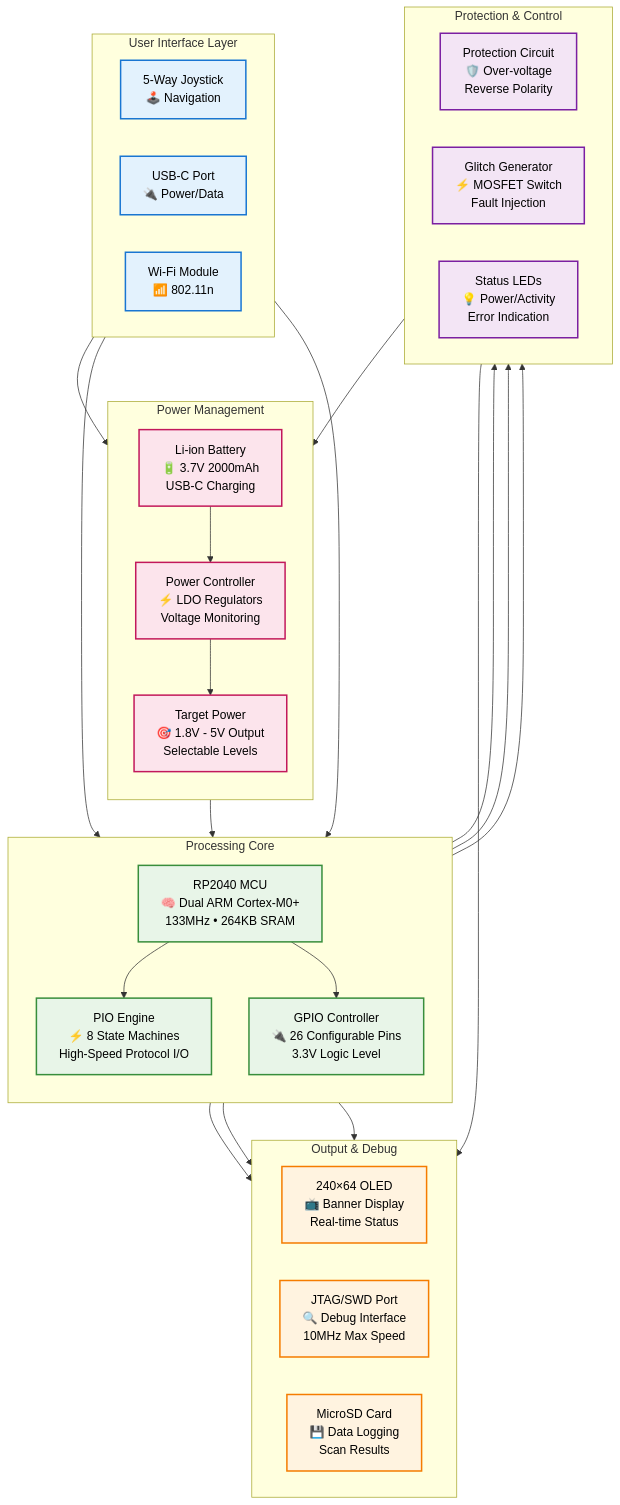
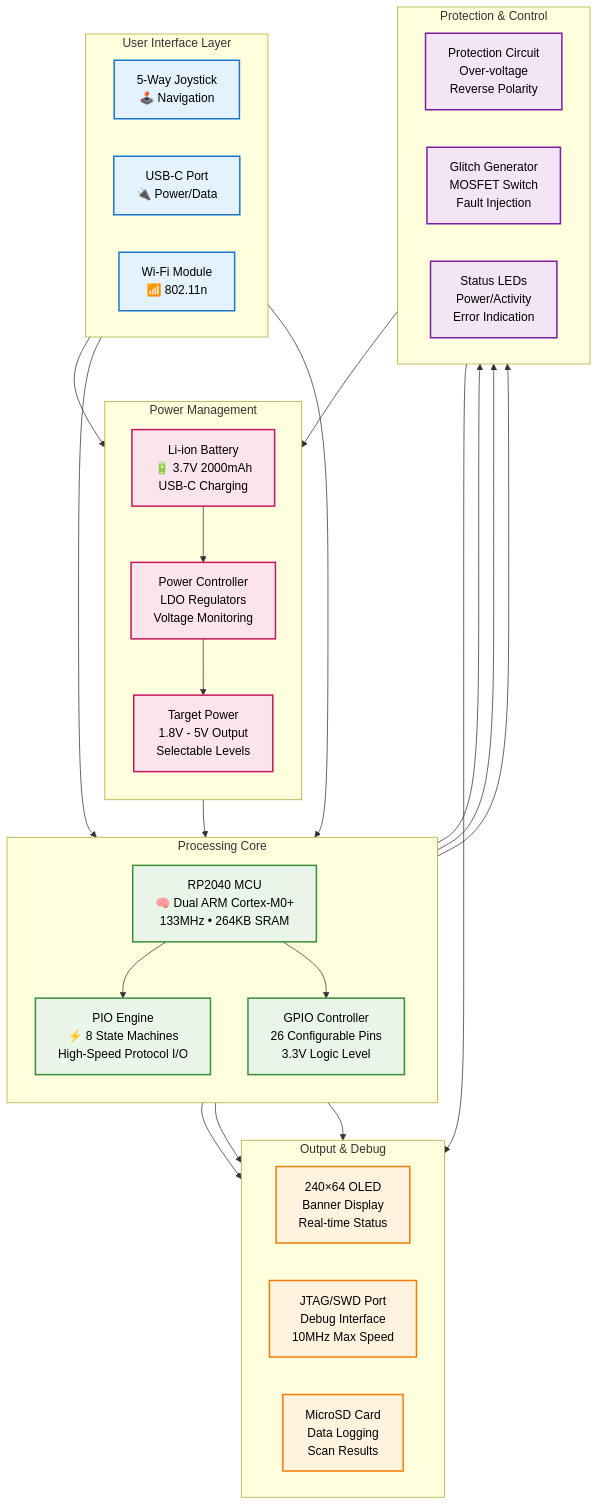
Before and after one commit to seedon198/KISS: the second of 10 diagrams in README.md, drawn with Mermaid. The commit also changed other lines of this file, not shown here.

First line of the commit message:
docs: Convert Local Interface Navigation to sequence diagram format

````diff
--- a/README.md
+++ b/README.md
@@ -149,73 +149,73 @@
 ```mermaid
 flowchart TB
     subgraph "User Interface Layer"
         direction LR
         J1[5-Way Joystick<br/>🕹️ Navigation] 
         USB[USB-C Port<br/>🔌 Power/Data]
         WIFI[Wi-Fi Module<br/>📶 802.11n]
     end
     
     subgraph "Processing Core"
         direction TB
         MCU[RP2040 MCU<br/>🧠 Dual ARM Cortex-M0+<br/>133MHz • 264KB SRAM]
         PIO[PIO Engine<br/>⚡ 8 State Machines<br/>High-Speed Protocol I/O]
-        GPIO[GPIO Controller<br/>🔌 26 Configurable Pins<br/>3.3V Logic Level]
+        GPIO[GPIO Controller<br/>26 Configurable Pins<br/>3.3V Logic Level]
     end
     
     subgraph "Output & Debug"
         direction LR
-        OLED[240×64 OLED<br/>📺 Banner Display<br/>Real-time Status]
-        JTAG[JTAG/SWD Port<br/>🔍 Debug Interface<br/>10MHz Max Speed]
-        SD[MicroSD Card<br/>💾 Data Logging<br/>Scan Results]
+        OLED[240×64 OLED<br/>Banner Display<br/>Real-time Status]
+        JTAG[JTAG/SWD Port<br/>Debug Interface<br/>10MHz Max Speed]
+        SD[MicroSD Card<br/>Data Logging<br/>Scan Results]
     end
     
     subgraph "Power Management"
         direction TB
         BATT[Li-ion Battery<br/>🔋 3.7V 2000mAh<br/>USB-C Charging]
-        PMGMT[Power Controller<br/>⚡ LDO Regulators<br/>Voltage Monitoring]
-        TPWR[Target Power<br/>🎯 1.8V - 5V Output<br/>Selectable Levels]
+        PMGMT[Power Controller<br/>LDO Regulators<br/>Voltage Monitoring]
+        TPWR[Target Power<br/>1.8V - 5V Output<br/>Selectable Levels]
     end
     
     subgraph "Protection & Control"
         direction LR
-        PROTECT[Protection Circuit<br/>🛡️ Over-voltage<br/>Reverse Polarity]
-        GLITCH[Glitch Generator<br/>⚡ MOSFET Switch<br/>Fault Injection]
-        LEDS[Status LEDs<br/>💡 Power/Activity<br/>Error Indication]
+        PROTECT[Protection Circuit<br/>Over-voltage<br/>Reverse Polarity]
+        GLITCH[Glitch Generator<br/>MOSFET Switch<br/>Fault Injection]
+        LEDS[Status LEDs<br/>Power/Activity<br/>Error Indication]
     end
     
     %% Connections
     J1 --> MCU
     USB --> BATT
     WIFI --> MCU
     
     MCU --> PIO
     MCU --> GPIO
     
     MCU --> OLED
     PIO --> JTAG
     GPIO --> SD
     
     BATT --> PMGMT
     PMGMT --> MCU
     PMGMT --> TPWR
     
     GPIO --> PROTECT
     GPIO --> GLITCH
     GPIO --> LEDS
     
     PROTECT --> JTAG
     GLITCH --> TPWR
     
     %% Styling
     classDef userInterface fill:#e3f2fd,stroke:#1976d2,stroke-width:2px,color:#000
     classDef processing fill:#e8f5e8,stroke:#388e3c,stroke-width:2px,color:#000
     classDef output fill:#fff3e0,stroke:#f57c00,stroke-width:2px,color:#000
     classDef power fill:#fce4ec,stroke:#c2185b,stroke-width:2px,color:#000
     classDef protection fill:#f3e5f5,stroke:#7b1fa2,stroke-width:2px,color:#000
     
     class J1,USB,WIFI userInterface
     class MCU,PIO,GPIO processing
     class OLED,JTAG,SD output
     class BATT,PMGMT,TPWR power
     class PROTECT,GLITCH,LEDS protection
 ```
````
